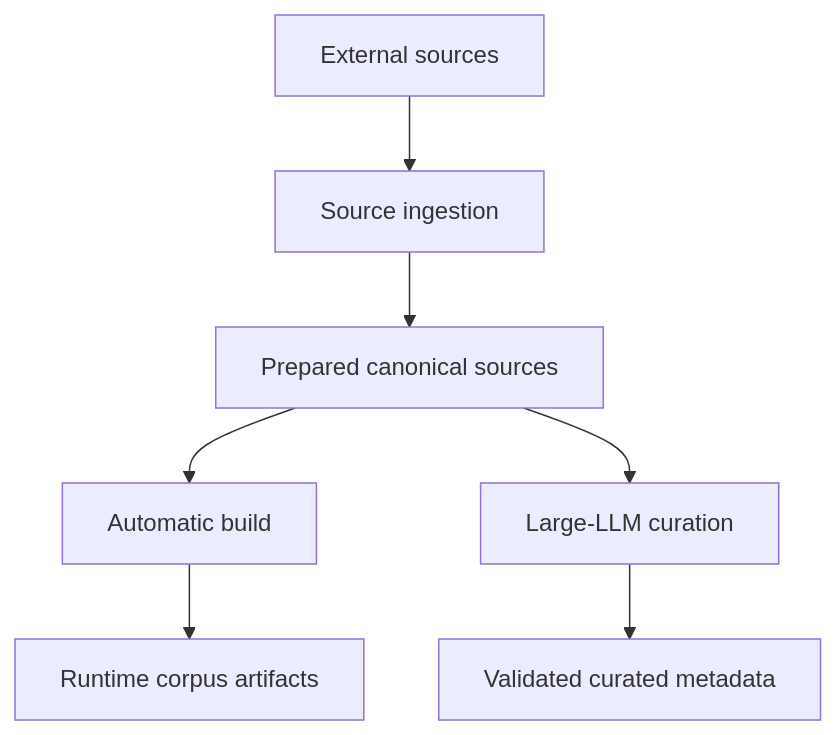
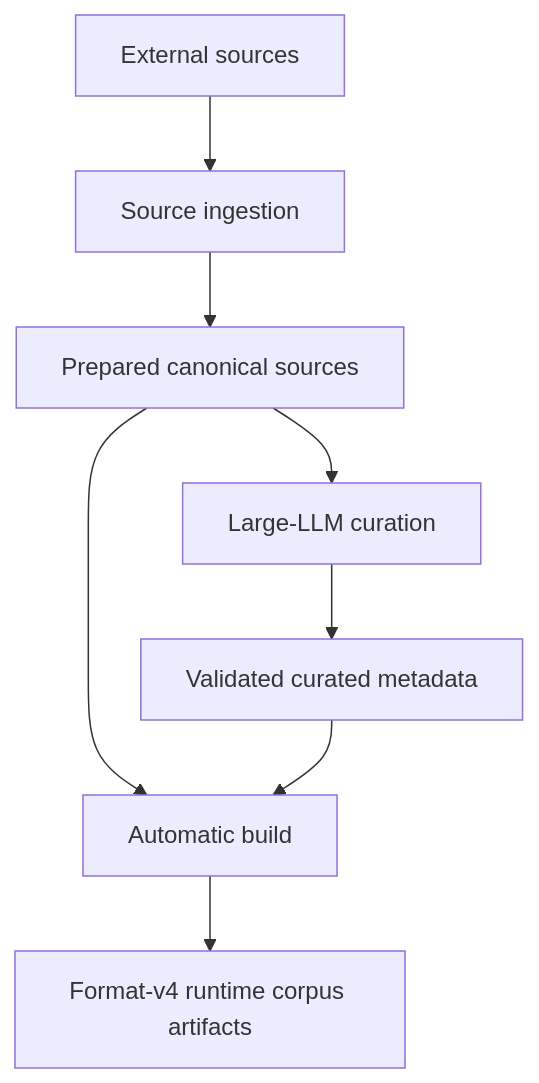
Before and after one commit to folk21/sibyl: the diagram in corpus-builder/README.md, drawn with Mermaid. The commit also changed other lines of this file and 59 other files, not shown here.

````diff
--- a/corpus-builder/README.md
+++ b/corpus-builder/README.md
@@ -7,9 +7,10 @@
 ```mermaid
 flowchart TD
     U[External sources] --> S[Source ingestion]
     S --> P[Prepared canonical sources]
     P --> B[Automatic build]
     P --> C[Large-LLM curation]
-    B --> R[Runtime corpus artifacts]
     C --> M[Validated curated metadata]
+    M --> B
+    B --> R[Format-v4 runtime corpus artifacts]
 ```
````
